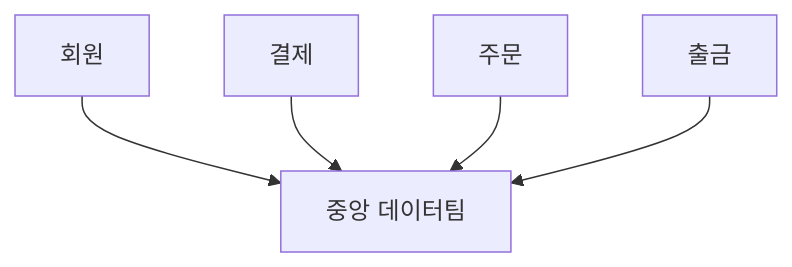
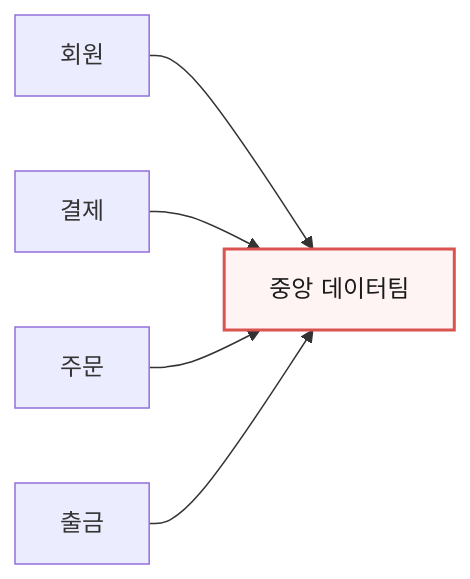
The fourth of 7 diagrams in 모던 데이터 아키텍처/6장. 데이터 소유권.md (i31pc17/bitbook), drawn with Mermaid before and after one commit. The commit also changed other lines of this file and 5 other files, not shown here.

````diff
--- a/모던 데이터 아키텍처/6장. 데이터 소유권.md
+++ b/모던 데이터 아키텍처/6장. 데이터 소유권.md
@@ -244,8 +201,10 @@
 ```mermaid
-flowchart TD
-    hub["중앙 데이터팀"]
+flowchart LR
     s0["회원"] --> hub
     s1["결제"] --> hub
     s2["주문"] --> hub
     s3["출금"] --> hub
+    hub["중앙 데이터팀"]
+
+    style hub fill:#fff4f4,stroke:#d9534f,stroke-width:2px,color:#1a1a1a
 ```
````
